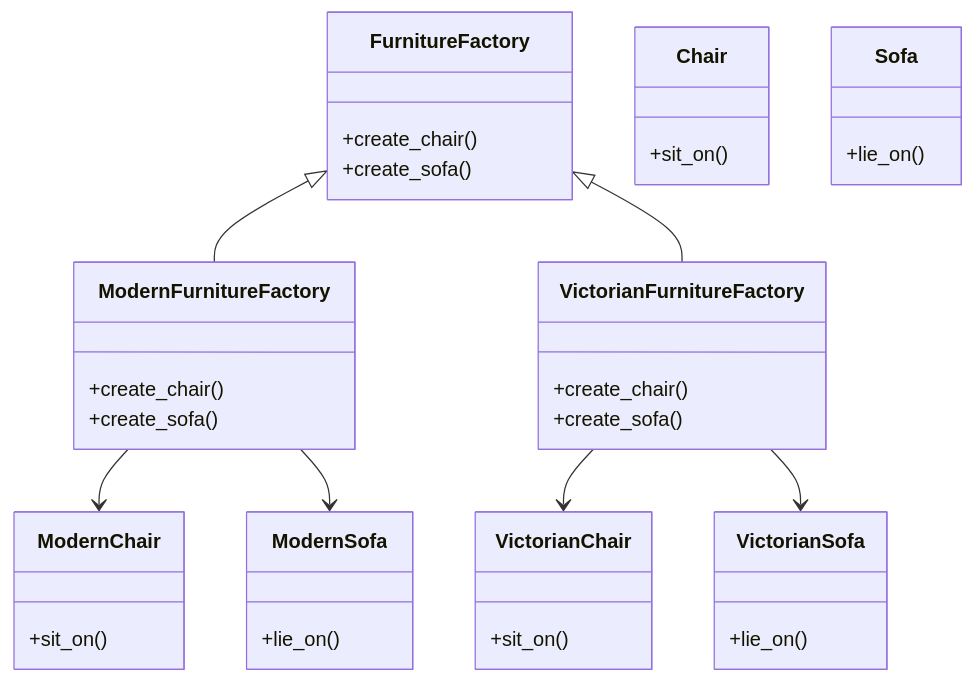
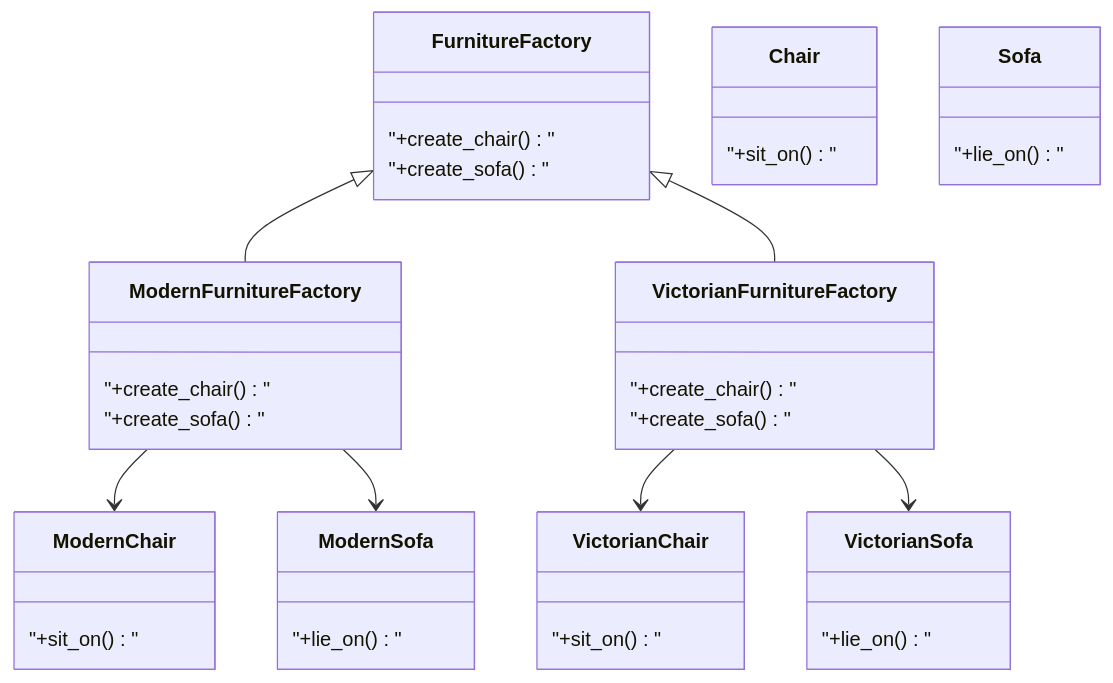
Before and after one commit to 42jerrykim/42jerrykim.github.io: the fourth of 5 diagrams in content/post/2024/2024-08-22-abstract-factory/index.md, drawn with Mermaid. The commit also changed other lines of this file and 239 other files, not shown here.

````diff
--- a/content/post/2024/2024-08-22-abstract-factory/index.md
+++ b/content/post/2024/2024-08-22-abstract-factory/index.md
@@ -765,48 +432,48 @@
 ```mermaid
 classDiagram
     class FurnitureFactory {
-        +create_chair()
-        +create_sofa()
+        "+create_chair()"
+        "+create_sofa()"
     }
 
     class ModernFurnitureFactory {
-        +create_chair()
-        +create_sofa()
+        "+create_chair()"
+        "+create_sofa()"
     }
 
     class VictorianFurnitureFactory {
-        +create_chair()
-        +create_sofa()
+        "+create_chair()"
+        "+create_sofa()"
     }
 
     class Chair {
-        +sit_on()
+        "+sit_on()"
     }
 
     class Sofa {
-        +lie_on()
+        "+lie_on()"
     }
 
     class ModernChair {
-        +sit_on()
+        "+sit_on()"
     }
 
     class VictorianChair {
-        +sit_on()
+        "+sit_on()"
     }
 
     class ModernSofa {
-        +lie_on()
+        "+lie_on()"
     }
 
     class VictorianSofa {
-        +lie_on()
+        "+lie_on()"
     }
 
     FurnitureFactory <|-- ModernFurnitureFactory
     FurnitureFactory <|-- VictorianFurnitureFactory
     ModernFurnitureFactory --> ModernChair
     ModernFurnitureFactory --> ModernSofa
     VictorianFurnitureFactory --> VictorianChair
     VictorianFurnitureFactory --> VictorianSofa
 ```
````
